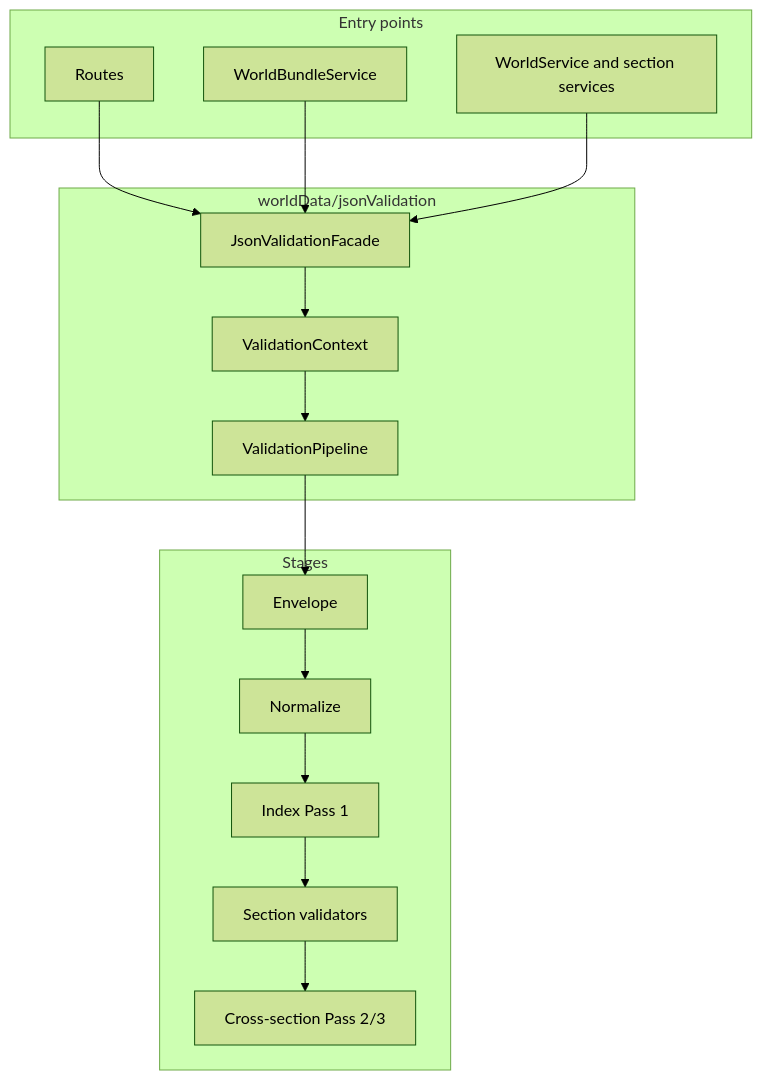
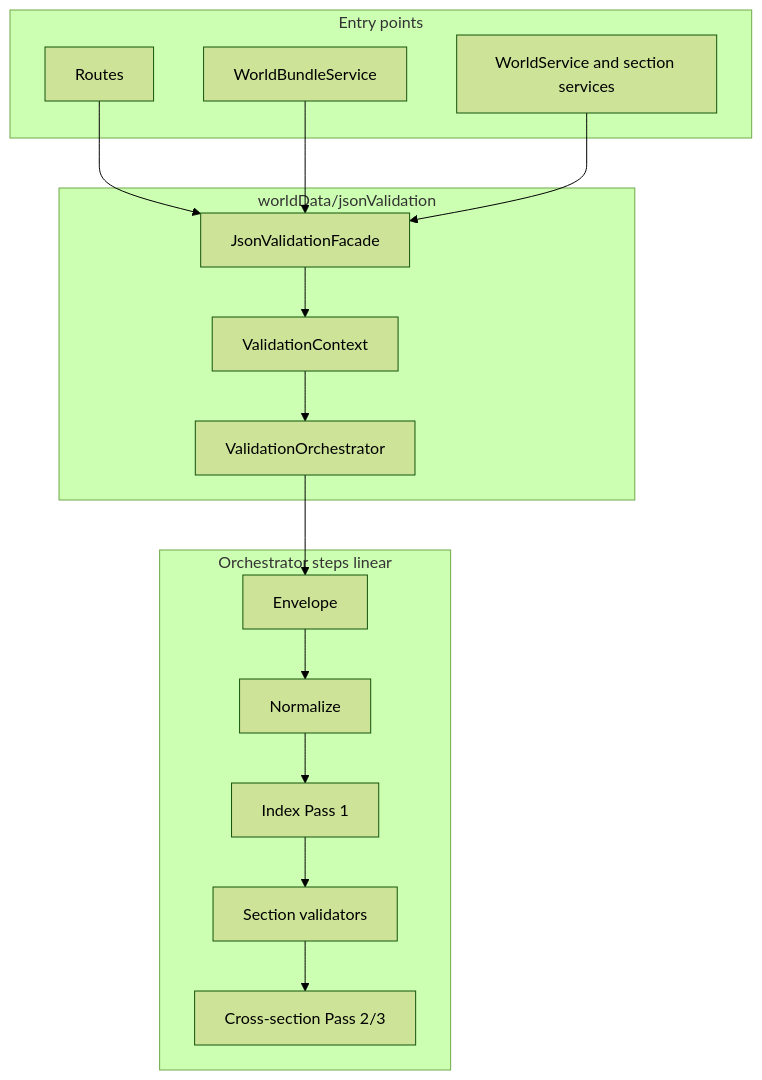
The diagram in docs/tz_json_validation.md (AndrewBondaren/AI-Project), drawn with Mermaid (forest theme) before and after one commit. The commit also changed other lines of this file and 34 other files, not shown here.

````diff
--- a/docs/tz_json_validation.md
+++ b/docs/tz_json_validation.md
@@ -1534,25 +1537,25 @@
 ```mermaid
 flowchart TB
   subgraph entry [Entry points]
     R[Routes]
     WBS[WorldBundleService]
     WS[WorldService and section services]
   end
   subgraph jv [worldData/jsonValidation]
     F[JsonValidationFacade]
     C[ValidationContext]
-    P[ValidationPipeline]
+    O[ValidationOrchestrator]
   end
-  subgraph stages [Stages]
+  subgraph steps [Orchestrator steps linear]
     S1[Envelope]
     S2[Normalize]
     S3[Index Pass 1]
     S4[Section validators]
     S5[Cross-section Pass 2/3]
   end
   R --> F
   WBS --> F
   WS --> F
-  F --> C --> P
-  P --> S1 --> S2 --> S3 --> S4 --> S5
+  F --> C --> O
+  O --> S1 --> S2 --> S3 --> S4 --> S5
 ```
````
